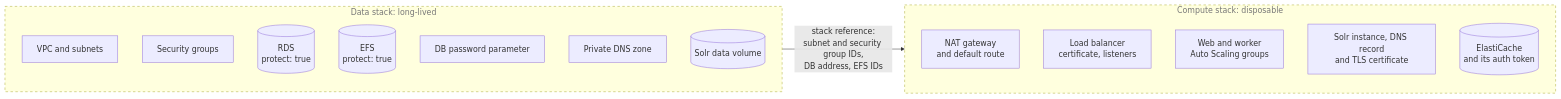
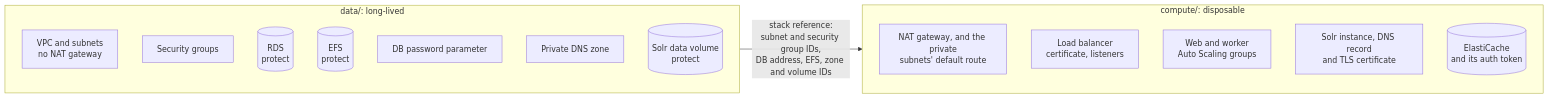
One commit to seek4science/seek changed the fourth of 4 diagrams in docs/pulumi-architecture.md. Above: the diagram before and after it, drawn with Mermaid. The commit also changed other lines of this file and 4 other files, not shown here.

First line of the commit message:
Document the data and compute stacks, completing phase 3 items 1 and 2

````diff
--- a/docs/pulumi-architecture.md
+++ b/docs/pulumi-architecture.md
@@ -195,25 +197,22 @@
 ```mermaid
 flowchart LR
-    subgraph data["Data stack: long-lived"]
-        vpc["VPC and subnets"]
+    subgraph data["data/: long-lived"]
+        vpc["VPC and subnets<br/>no NAT gateway"]
         sgs["Security groups"]
-        rds[("RDS<br/>protect: true")]
-        efs[("EFS<br/>protect: true")]
+        rds[("RDS<br/>protect")]
+        efs[("EFS<br/>protect")]
         param["DB password parameter"]
         zone["Private DNS zone"]
-        solrvol[("Solr data volume")]
+        solrvol[("Solr data volume<br/>protect")]
     end
 
-    subgraph compute["Compute stack: disposable"]
-        nat["NAT gateway<br/>and default route"]
+    subgraph compute["compute/: disposable"]
+        nat["NAT gateway, and the private<br/>subnets' default route"]
         alb["Load balancer<br/>certificate, listeners"]
         groups["Web and worker<br/>Auto Scaling groups"]
         solr["Solr instance, DNS record<br/>and TLS certificate"]
         redis[("ElastiCache<br/>and its auth token")]
     end
 
-    data -- "stack reference:<br/>subnet and security group IDs,<br/>DB address, EFS IDs" --> compute
-
-    classDef planned stroke-dasharray:5 5,color:#777
-    class data,compute planned
+    data -- "stack reference:<br/>subnet and security group IDs,<br/>DB address, EFS, zone and volume IDs" --> compute
 ```
````
